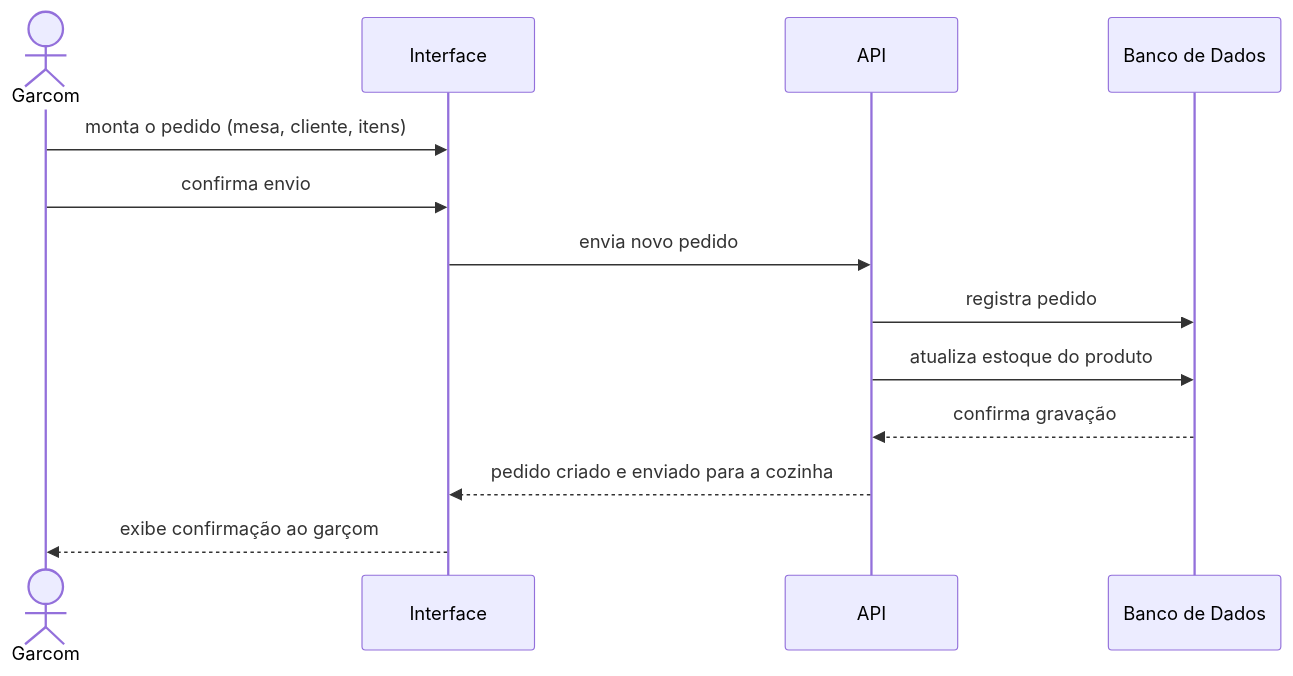
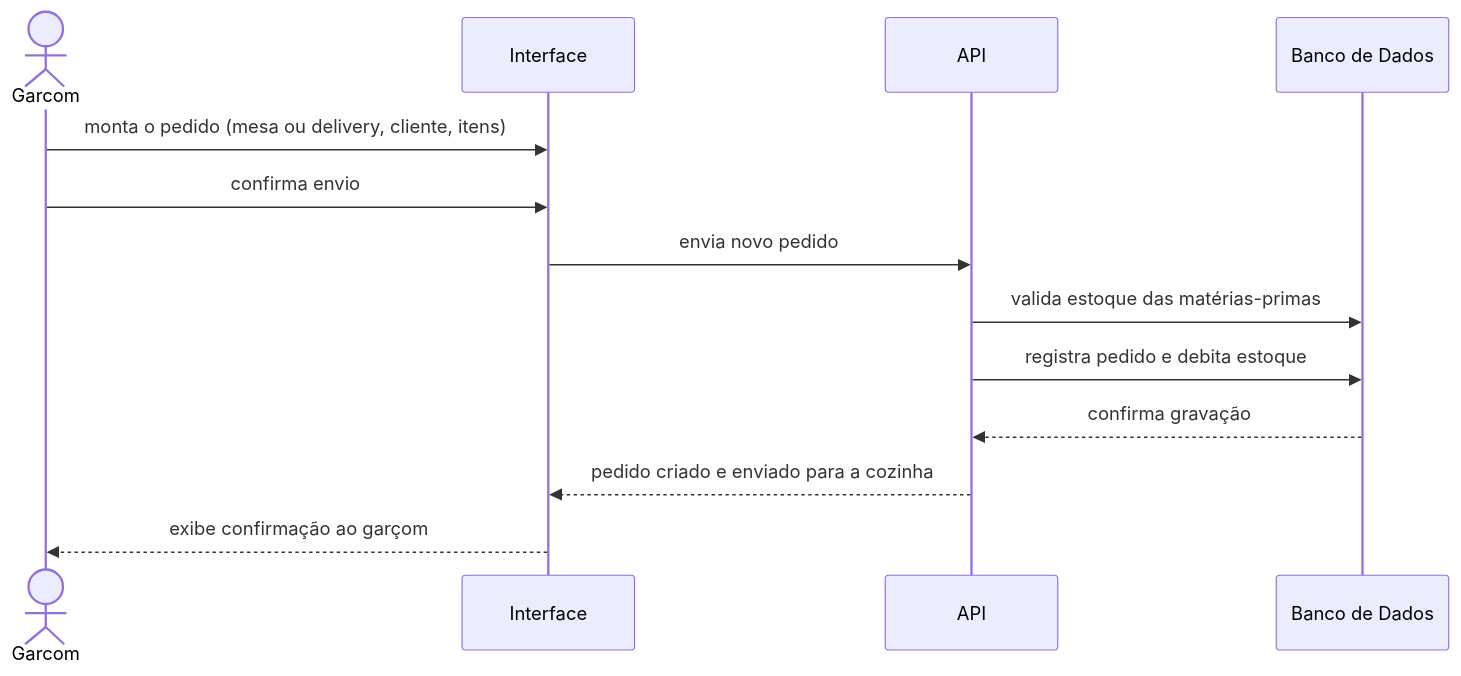
The diagram in rodovialanches-backend/docs/diagrams/sequence-garcom.mmd (Ryk3l/Proejto-de-extensao), drawn with Mermaid before and after one commit. The commit also changed 35 other files, not shown here.

```diff
--- a/rodovialanches-backend/docs/diagrams/sequence-garcom.mmd
+++ b/rodovialanches-backend/docs/diagrams/sequence-garcom.mmd
@@ -1,16 +1,16 @@
 %% Sequência 1/3 — Garçom lança um pedido
 %% Mensagens descrevem ações de negócio, não detalhes técnicos.
 sequenceDiagram
     actor Garcom
     participant Interface as Interface
     participant API
     participant BD as Banco de Dados
 
-    Garcom->>Interface: monta o pedido (mesa, cliente, itens)
+    Garcom->>Interface: monta o pedido (mesa ou delivery, cliente, itens)
     Garcom->>Interface: confirma envio
     Interface->>API: envia novo pedido
-    API->>BD: registra pedido
-    API->>BD: atualiza estoque do produto
+    API->>BD: valida estoque das matérias-primas
+    API->>BD: registra pedido e debita estoque
     BD-->>API: confirma gravação
     API-->>Interface: pedido criado e enviado para a cozinha
     Interface-->>Garcom: exibe confirmação ao garçom
```
